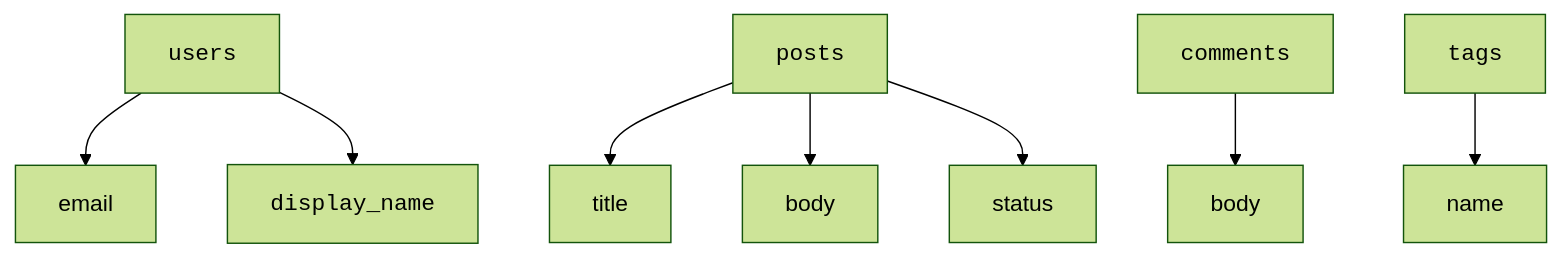
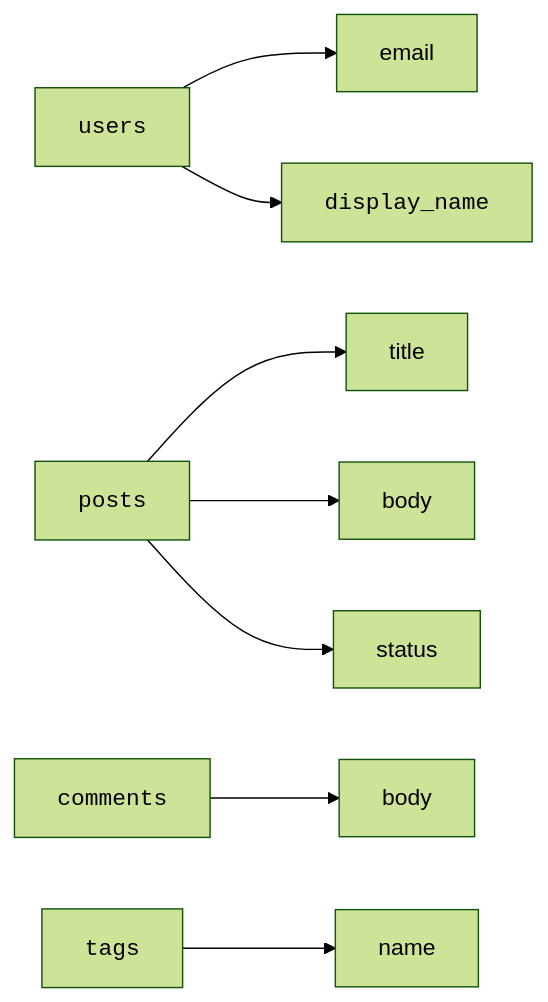
One commit to dataslope/dataslope changed the third of 6 diagrams in content/courses/database-design-postgresql/case-study-blog.mdx. Above: the diagram before and after it, drawn with Mermaid (forest theme). The commit also changed 2180 other files, not shown here.

````diff
--- a/content/courses/database-design-postgresql/case-study-blog.mdx
+++ b/content/courses/database-design-postgresql/case-study-blog.mdx
@@ -85,10 +91,10 @@
 ```mermaid
-flowchart TD
+flowchart LR
     User["<code>users</code>"] --> Email["email"]
     User --> Display["<code>display_name</code>"]
     Post["<code>posts</code>"] --> Title["title"]
     Post --> Body["body"]
     Post --> Status["status"]
     Comment["<code>comments</code>"] --> CommentBody["body"]
     Tag["<code>tags</code>"] --> Name["name"]
 ```
````
